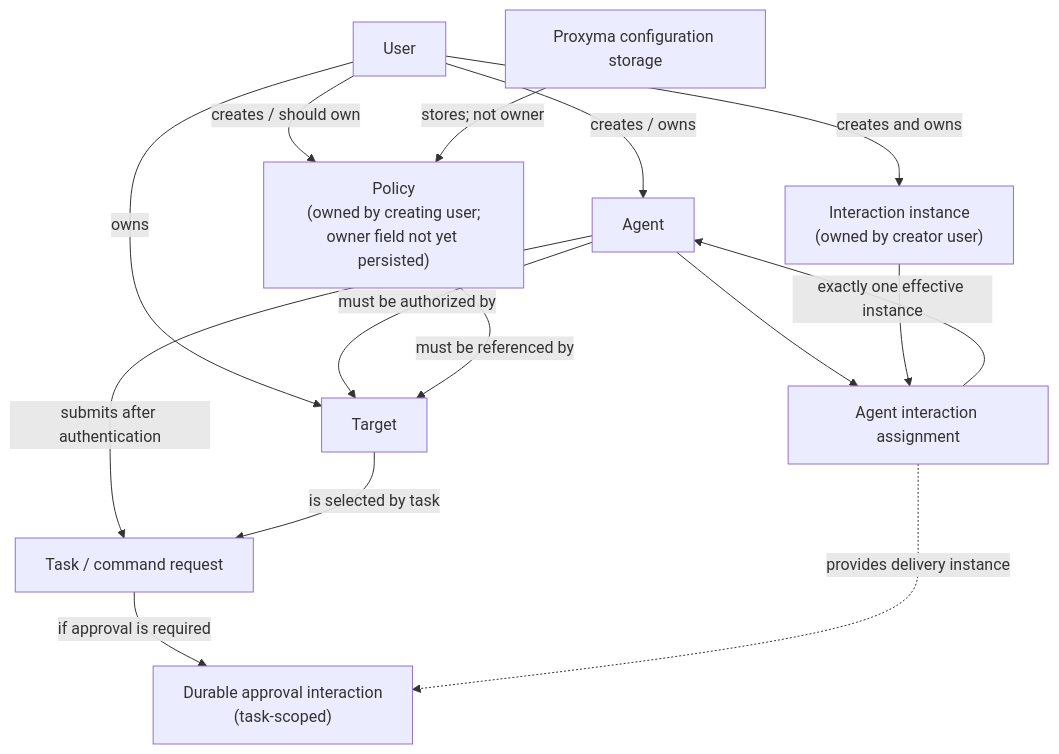
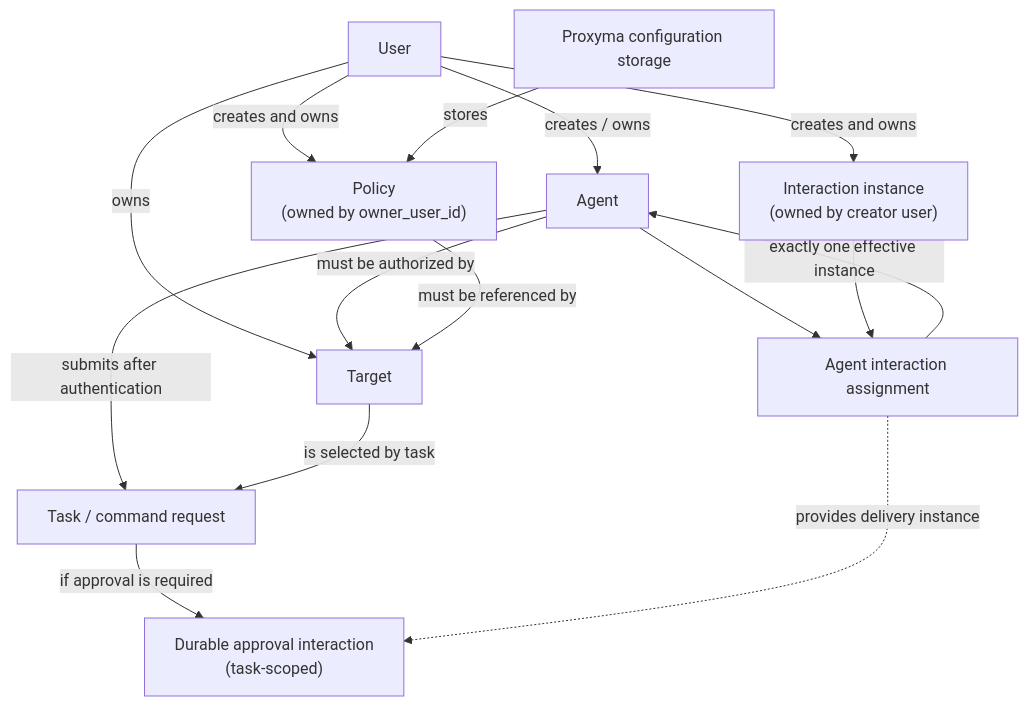
The second of 2 diagrams in docs/entity-dependencies.md (ascemama/proxyma), drawn with Mermaid before and after one commit. The commit also changed other lines of this file and 84 other files, not shown here.

````diff
--- a/docs/entity-dependencies.md
+++ b/docs/entity-dependencies.md
@@ -77,30 +84,30 @@
 ```mermaid
 flowchart TD
     User["User"]
-    Policy["Policy<br/>(owned by creating user;<br/>owner field not yet persisted)"]
+    Policy["Policy<br/>(owned by owner_user_id)"]
     Agent["Agent"]
     Instance["Interaction instance<br/>(owned by creator user)"]
     Assignment["Agent interaction assignment"]
     Target["Target"]
     Task["Task / command request"]
     Approval["Durable approval interaction<br/>(task-scoped)"]
     Config["Proxyma configuration storage"]
 
     User -->|"creates / owns"| Agent
     User -->|"creates and owns"| Instance
-    User -->|"creates / should own"| Policy
-    Config -->|"stores; not owner"| Policy
+    User -->|"creates and owns"| Policy
+    Config -->|"stores"| Policy
 
     Agent --> Assignment
     Instance --> Assignment
     Assignment -->|"exactly one effective instance"| Agent
 
     User -->|"owns"| Target
     Agent -->|"must be authorized by"| Target
     Policy -->|"must be referenced by"| Target
 
     Agent -->|"submits after authentication"| Task
     Target -->|"is selected by task"| Task
     Task -->|"if approval is required"| Approval
     Assignment -.->|"provides delivery instance"| Approval
 ```
````
